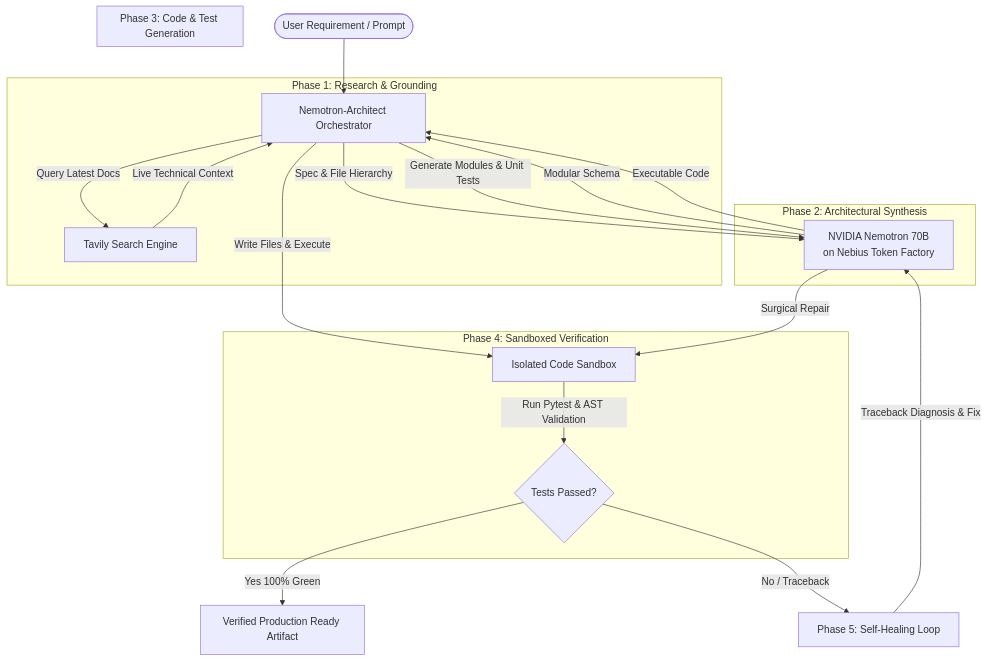
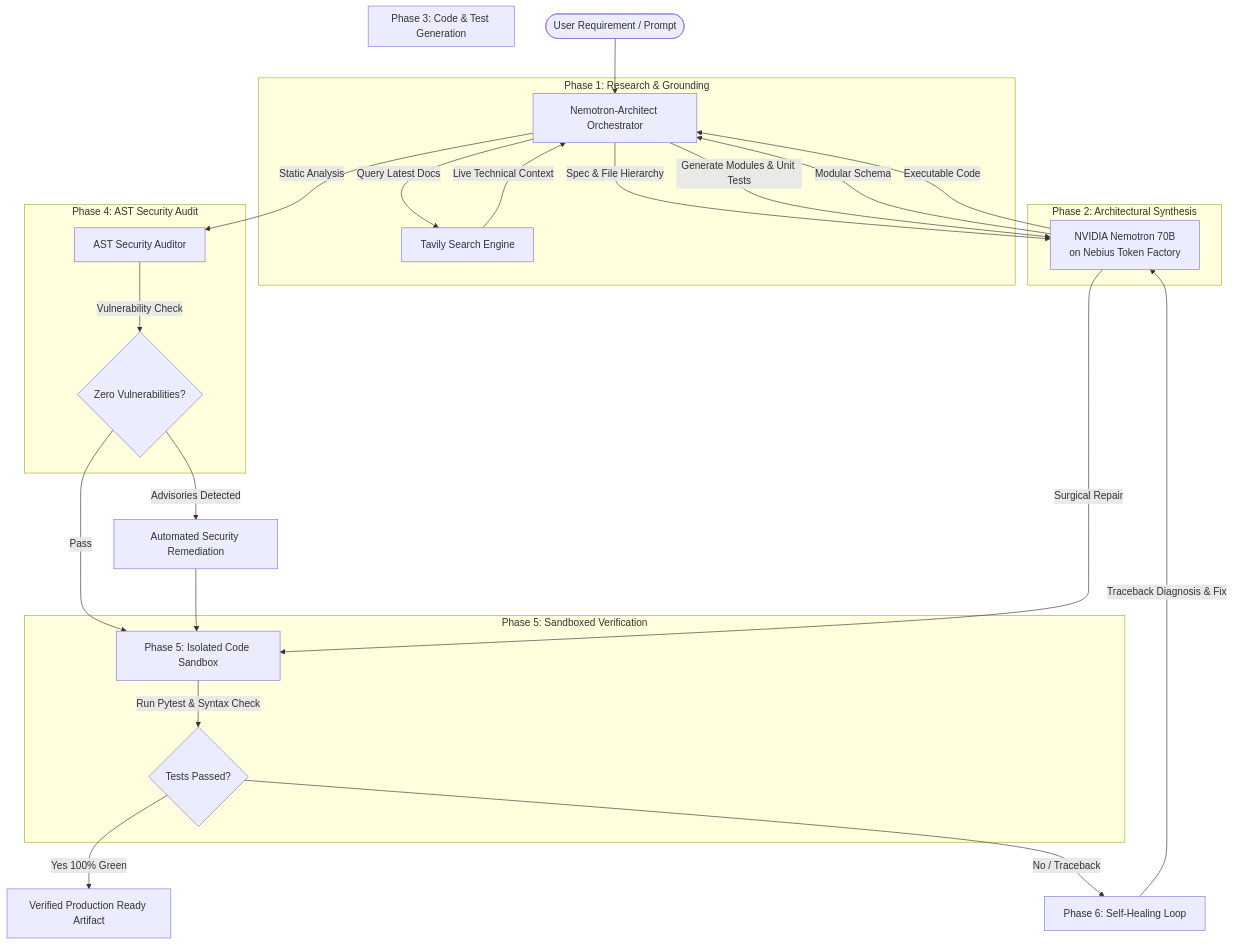
One commit to bhomvratrai-glitch/nemotron-architect changed the diagram in README.md. Above: the diagram before and after it, drawn with Mermaid. The commit also changed other lines of this file and 12 other files, not shown here.

Commit message:
feat: add AST security auditor, mermaid architecture graph, and 3 enterprise showcases (13/13 tests passing)

````diff
--- a/README.md
+++ b/README.md
@@ -33,29 +33,37 @@
 ```mermaid
 flowchart TD
     User([User Requirement / Prompt]) --> Agent[Nemotron-Architect Orchestrator]
     
     subgraph Phase 1: Research & Grounding
         Agent -->|Query Latest Docs| Tavily[Tavily Search Engine]
         Tavily -->|Live Technical Context| Agent
     end
 
     subgraph Phase 2: Architectural Synthesis
         Agent -->|Spec & File Hierarchy| Nemotron[NVIDIA Nemotron 70B\non Nebius Token Factory]
         Nemotron -->|Modular Schema| Agent
     end
 
     subgraph Phase 3: Code & Test Generation
         Agent -->|Generate Modules & Unit Tests| Nemotron
         Nemotron -->|Executable Code| Agent
     end
 
-    subgraph Phase 4: Sandboxed Verification
-        Agent -->|Write Files & Execute| Sandbox[Isolated Code Sandbox]
-        Sandbox -->|Run Pytest & AST Validation| Results{Tests Passed?}
+    subgraph Phase 4: AST Security Audit
+        Agent -->|Static Analysis| Auditor[AST Security Auditor]
+        Auditor -->|Vulnerability Check| Gate{Zero Vulnerabilities?}
+    end
+
+    Gate -->|Pass| Sandbox[Phase 5: Isolated Code Sandbox]
+    Gate -->|Advisories Detected| Remediation[Automated Security Remediation]
+    Remediation --> Sandbox
+
+    subgraph Phase 5: Sandboxed Verification
+        Sandbox -->|Run Pytest & Syntax Check| Results{Tests Passed?}
     end
 
     Results -->|Yes 100% Green| Final[Verified Production Ready Artifact]
-    Results -->|No / Traceback| Heal[Phase 5: Self-Healing Loop]
+    Results -->|No / Traceback| Heal[Phase 6: Self-Healing Loop]
     Heal -->|Traceback Diagnosis & Fix| Nemotron
     Nemotron -->|Surgical Repair| Sandbox
 ```
````
